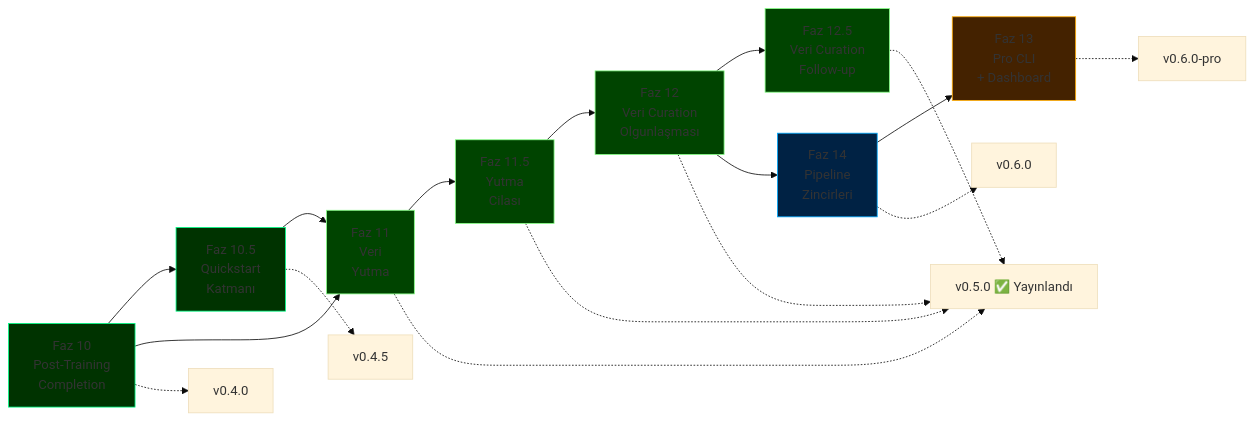
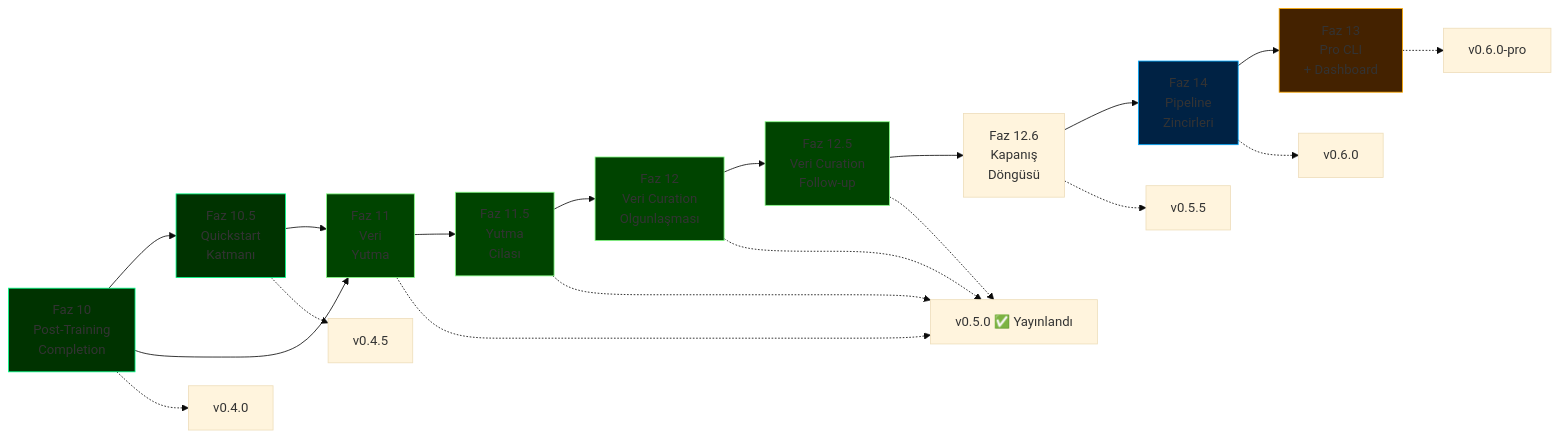
Before and after one commit to cemililik/ForgeLM: the diagram in docs/roadmap-tr.md, drawn with Mermaid (base theme). The commit also changed 39 other files, not shown here.

````diff
--- a/docs/roadmap-tr.md
+++ b/docs/roadmap-tr.md
@@ -39,29 +39,31 @@
 ```mermaid
 graph LR
     P10[Faz 10<br/>Post-Training<br/>Completion] --> P105[Faz 10.5<br/>Quickstart<br/>Katmanı]
     P10 --> P11[Faz 11<br/>Veri<br/>Yutma]
     P105 --> P11
     P11 --> P115[Faz 11.5<br/>Yutma<br/>Cilası]
     P115 --> P12[Faz 12<br/>Veri Curation<br/>Olgunlaşması]
     P12 --> P125[Faz 12.5<br/>Veri Curation<br/>Follow-up]
-    P12 --> P14[Faz 14<br/>Pipeline<br/>Zincirleri]
+    P125 --> P126[Faz 12.6<br/>Kapanış<br/>Döngüsü]
+    P126 --> P14[Faz 14<br/>Pipeline<br/>Zincirleri]
     P14 --> P13[Faz 13<br/>Pro CLI<br/>+ Dashboard]
 
     P10 -.-> V1[v0.4.0]
     P105 -.-> V15[v0.4.5]
     P11 -.-> V2[v0.5.0 ✅ Yayınlandı]
     P115 -.-> V2
     P12 -.-> V2
     P125 -.-> V2
+    P126 -.-> V25[v0.5.5]
     P14 -.-> V23[v0.6.0]
     P13 -.-> V3[v0.6.0-pro]
 
     style P10 fill:#003300,stroke:#00ff88
     style P105 fill:#003300,stroke:#00ff88
     style P11 fill:#004400,stroke:#88ff88
     style P115 fill:#004400,stroke:#88ff88
     style P12 fill:#004400,stroke:#88ff88
     style P125 fill:#004400,stroke:#88ff88
     style P14 fill:#002244,stroke:#00aaff
     style P13 fill:#442200,stroke:#ffaa00
 ```
````
